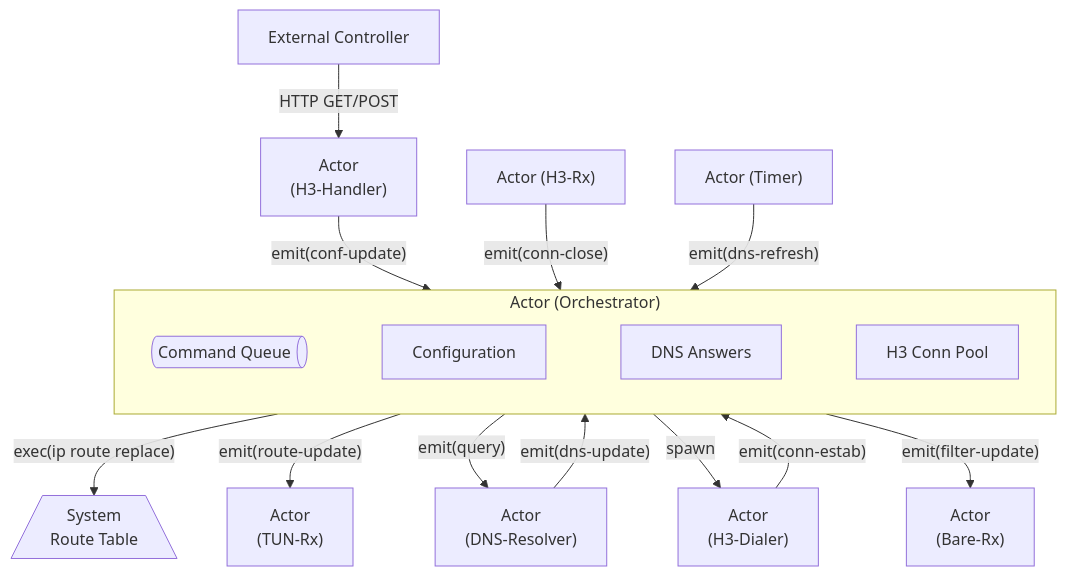
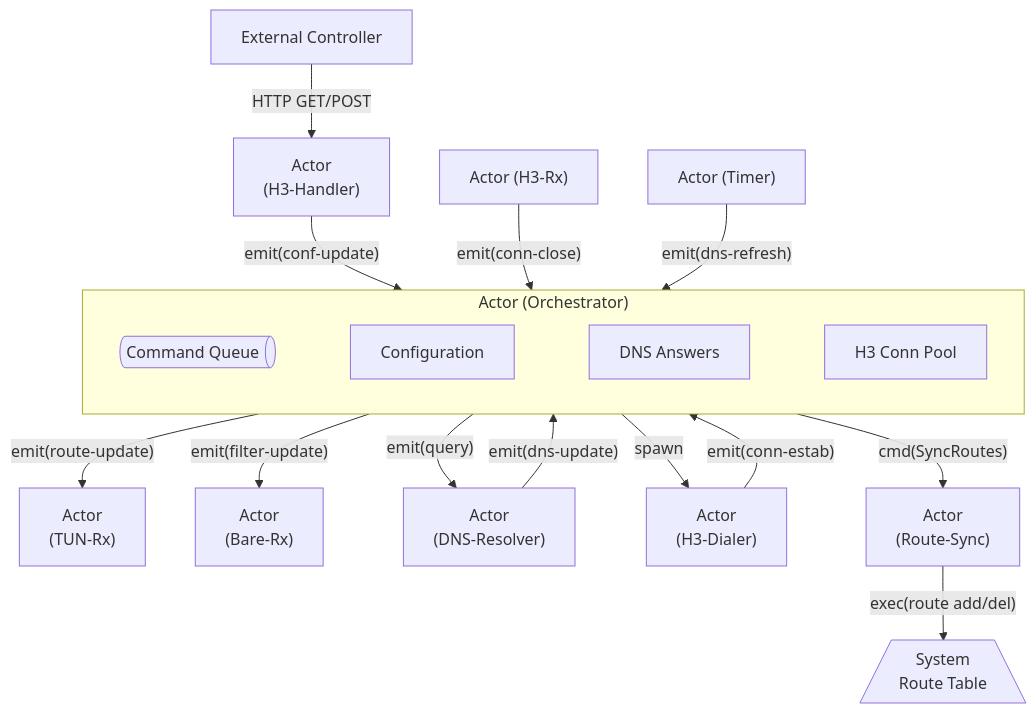
One commit to sands-lab/h3llo changed the third of 3 diagrams in docs/internals.md. Above: the diagram before and after it, drawn with Mermaid. The commit also changed other lines of this file, not shown here.

First line of the commit message:
[#272][docs] Document route sync actor in internals

````diff
--- a/docs/internals.md
+++ b/docs/internals.md
@@ -143,31 +143,32 @@
 ```mermaid
 flowchart TB
     subgraph cr-orch["Actor (Orchestrator)"]
         oq[Command Queue]@{shape: h-cyl}
         hcp[H3 Conn Pool]
         dr[DNS Answers]
         conf[Configuration]
         oq ~~~ conf ~~~ dr ~~~ hcp
     end
 
     ctrl["External Controller"]
     cr-h3h["Actor<br>(H3-Handler)"]
     cr-h3r["Actor (H3-Rx)"]
     cr-timer["Actor (Timer)"]
 
     rsys[/System<br>Route Table\]
     cr-tun["Actor<br>(TUN-Rx)"]
     cr-bare["Actor<br>(Bare-Rx)"]
     cr-dns["Actor<br>(DNS-Resolver)"]
     cr-h3d["Actor<br>(H3-Dialer)"]
 
     ctrl -- HTTP GET/POST --> cr-h3h -- emit(conf-update) --> cr-orch
     cr-h3r -- emit(conn-close) --> cr-orch
     cr-timer -- emit(dns-refresh) --> cr-orch
     
-    cr-orch -- exec(ip route replace) --> rsys
+    cr-route["Actor<br>(Route-Sync)"]
+    cr-orch -- cmd(SyncRoutes) --> cr-route -- exec(route add/del) --> rsys
     cr-orch -- emit(route-update) --> cr-tun
     cr-orch -- emit(query) --> cr-dns -- emit(dns-update)--> cr-orch
     cr-orch -- spawn --> cr-h3d -- emit(conn-estab) --> cr-orch
     cr-orch -- emit(filter-update) --> cr-bare
 ```
````
